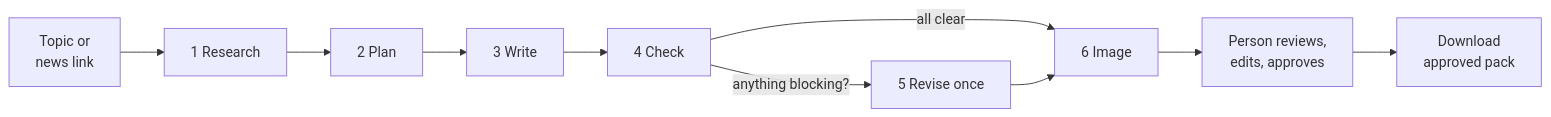
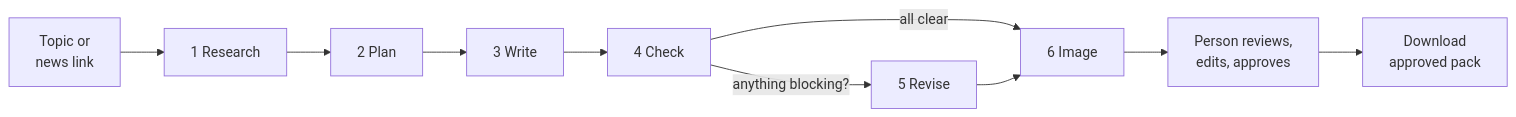
Before and after one commit to gargDhruv12/hireloop-content-agent: the diagram in README.md, drawn with Mermaid. The commit also changed other lines of this file and 11 other files, not shown here.

````diff
--- a/README.md
+++ b/README.md
@@ -57,12 +57,12 @@
 ```mermaid
 flowchart LR
     A[Topic or<br/>news link] --> R[1 Research]
     R --> P[2 Plan]
     P --> W[3 Write]
     W --> C[4 Check]
-    C -->|anything blocking?| V[5 Revise once]
+    C -->|anything blocking?| V[5 Revise]
     C -->|all clear| I
     V --> I[6 Image]
     I --> H[Person reviews,<br/>edits, approves]
     H --> E[Download<br/>approved pack]
 ```
````
